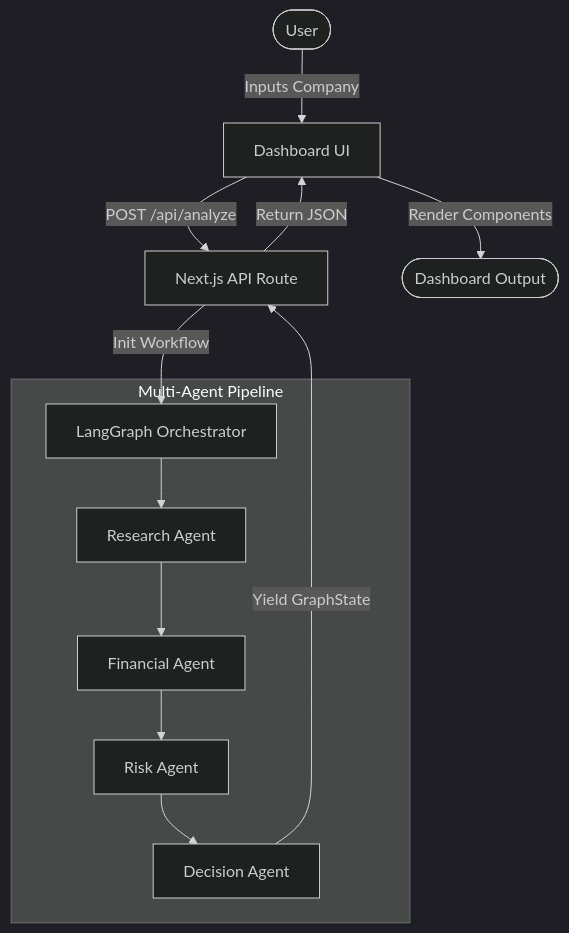
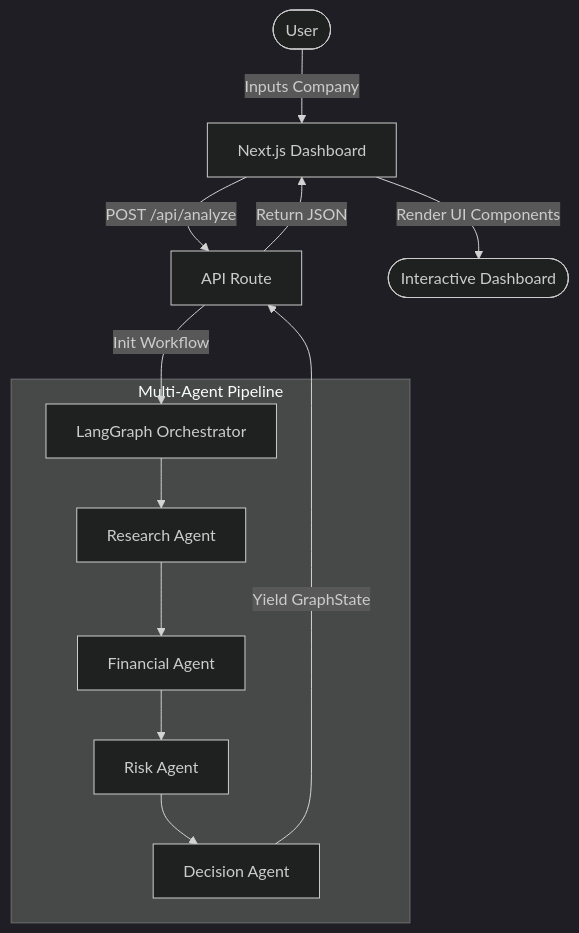
Before and after one commit to Udayy08/ai-investment-research-agent: the first of 2 diagrams in README.md, drawn with Mermaid (dark theme). The commit also changed other lines of this file, not shown here.

````diff
--- a/README.md
+++ b/README.md
@@ -80,17 +76,17 @@
 ```mermaid
 flowchart TD
-    User([User]) -->|Inputs Company| UI[Dashboard UI]
-    UI -->|POST /api/analyze| API[Next.js API Route]
+    User([User]) -->|Inputs Company| UI[Next.js Dashboard]
+    UI -->|POST /api/analyze| API[API Route]
     API -->|Init Workflow| LG[LangGraph Orchestrator]
     
     subgraph Multi-Agent Pipeline
         LG --> R[Research Agent]
         R --> F[Financial Agent]
         F --> RK[Risk Agent]
         RK --> D[Decision Agent]
     end
     
     D -->|Yield GraphState| API
     API -->|Return JSON| UI
-    UI -->|Render Components| Final([Dashboard Output])
+    UI -->|Render UI Components| Output([Interactive Dashboard])
 ```
````
